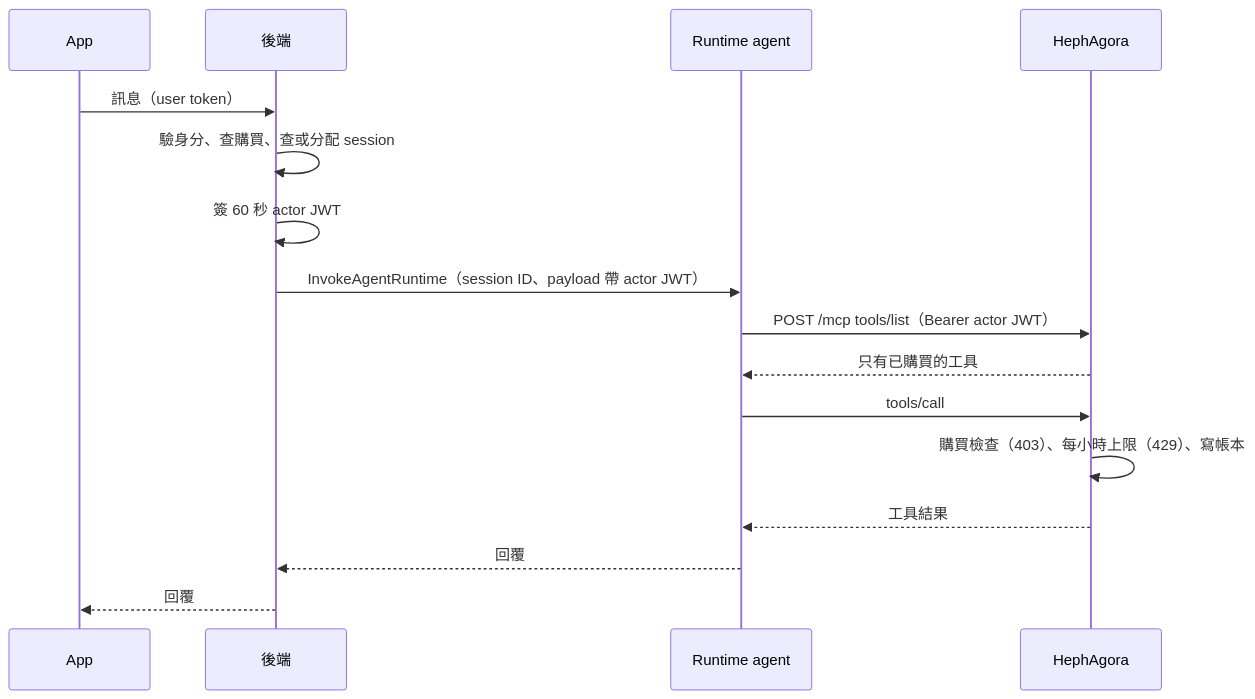
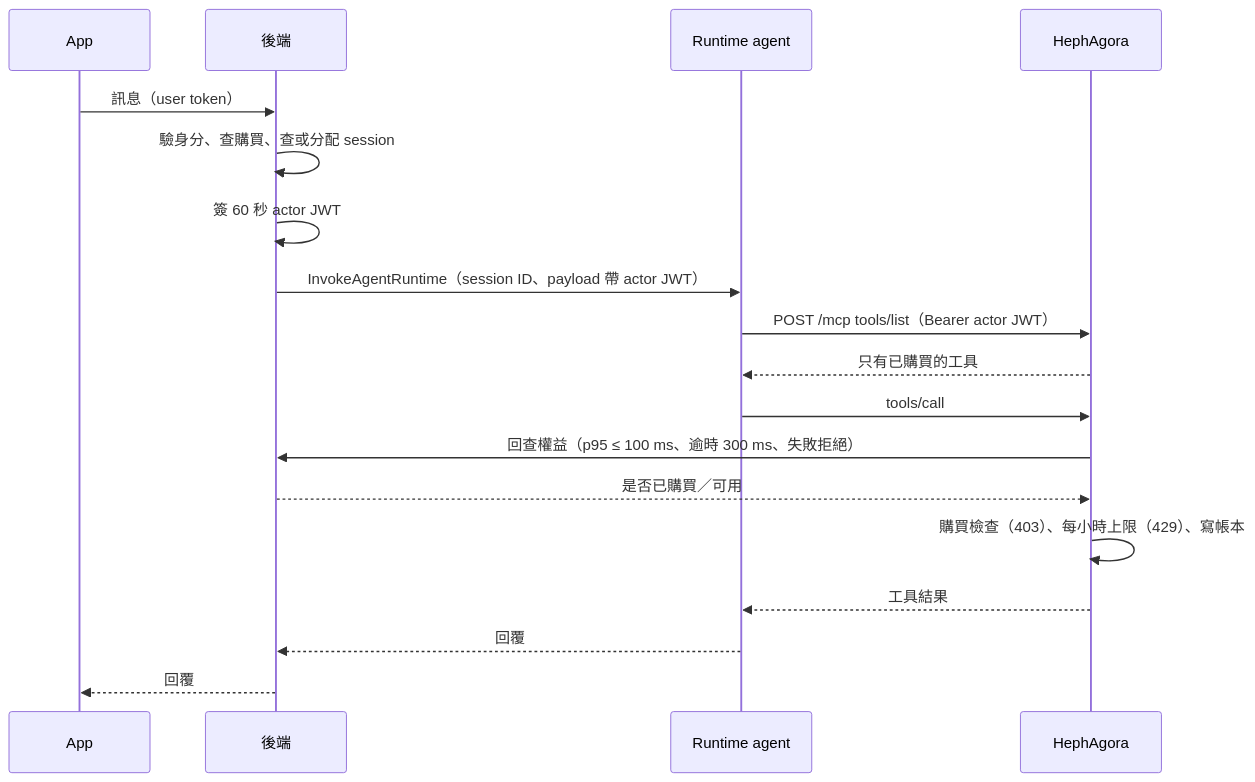
Before and after one commit to VagrantPi/AgentCore-Research: the first of 3 diagrams in 92-architecture/README.md, drawn with Mermaid. The commit also changed other lines of this file and 1 other file, not shown here.

````diff
--- a/92-architecture/README.md
+++ b/92-architecture/README.md
@@ -48,18 +56,20 @@
 ```mermaid
 sequenceDiagram
     participant App
     participant BE as 後端
     participant RT as Runtime agent
     participant HA as HephAgora
     App->>BE: 訊息（user token）
     BE->>BE: 驗身分、查購買、查或分配 session
     BE->>BE: 簽 60 秒 actor JWT
     BE->>RT: InvokeAgentRuntime（session ID、payload 帶 actor JWT）
     RT->>HA: POST /mcp tools/list（Bearer actor JWT）
     HA-->>RT: 只有已購買的工具
     RT->>HA: tools/call
+    HA->>BE: 回查權益（p95 ≤ 100 ms、逾時 300 ms、失敗拒絕）
+    BE-->>HA: 是否已購買／可用
     HA->>HA: 購買檢查（403）、每小時上限（429）、寫帳本
     HA-->>RT: 工具結果
     RT-->>BE: 回覆
     BE-->>App: 回覆
 ```
````
